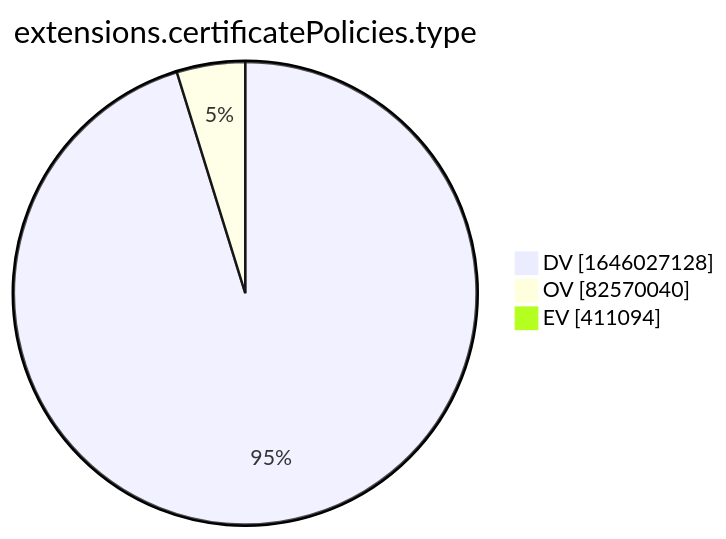
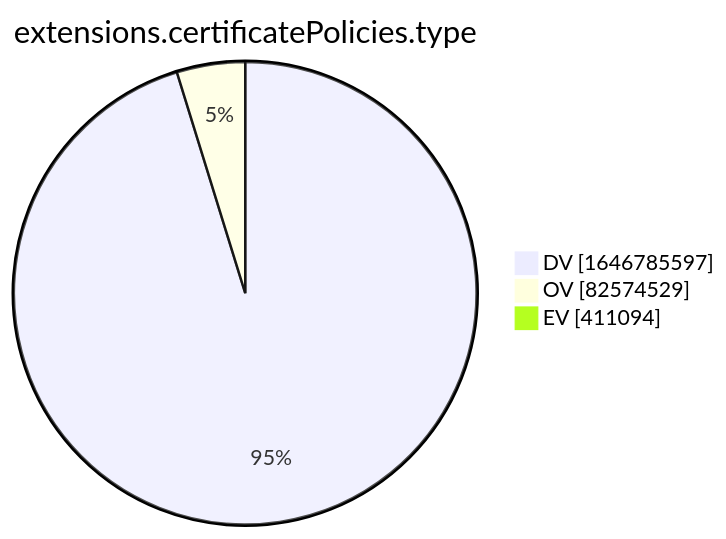
Before and after one commit to christiankrug/ctmonitor_visualization: the tenth of 15 diagrams in xenon2022/README.md, drawn with Mermaid. The commit also changed other lines of this file, not shown here.

````diff
--- a/xenon2022/README.md
+++ b/xenon2022/README.md
@@ -2879,7 +2879,7 @@
 ```mermaid
 pie showData
 title extensions.certificatePolicies.type
-"DV" :1646027128
-"OV" :82570040
+"DV" :1646785597
+"OV" :82574529
 "EV" :411094
 ```
````
